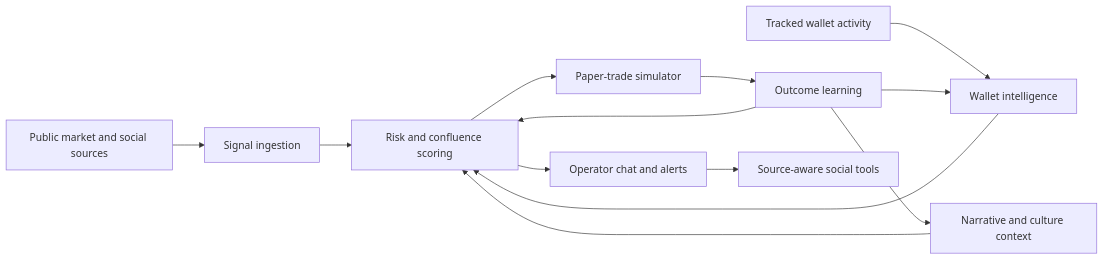
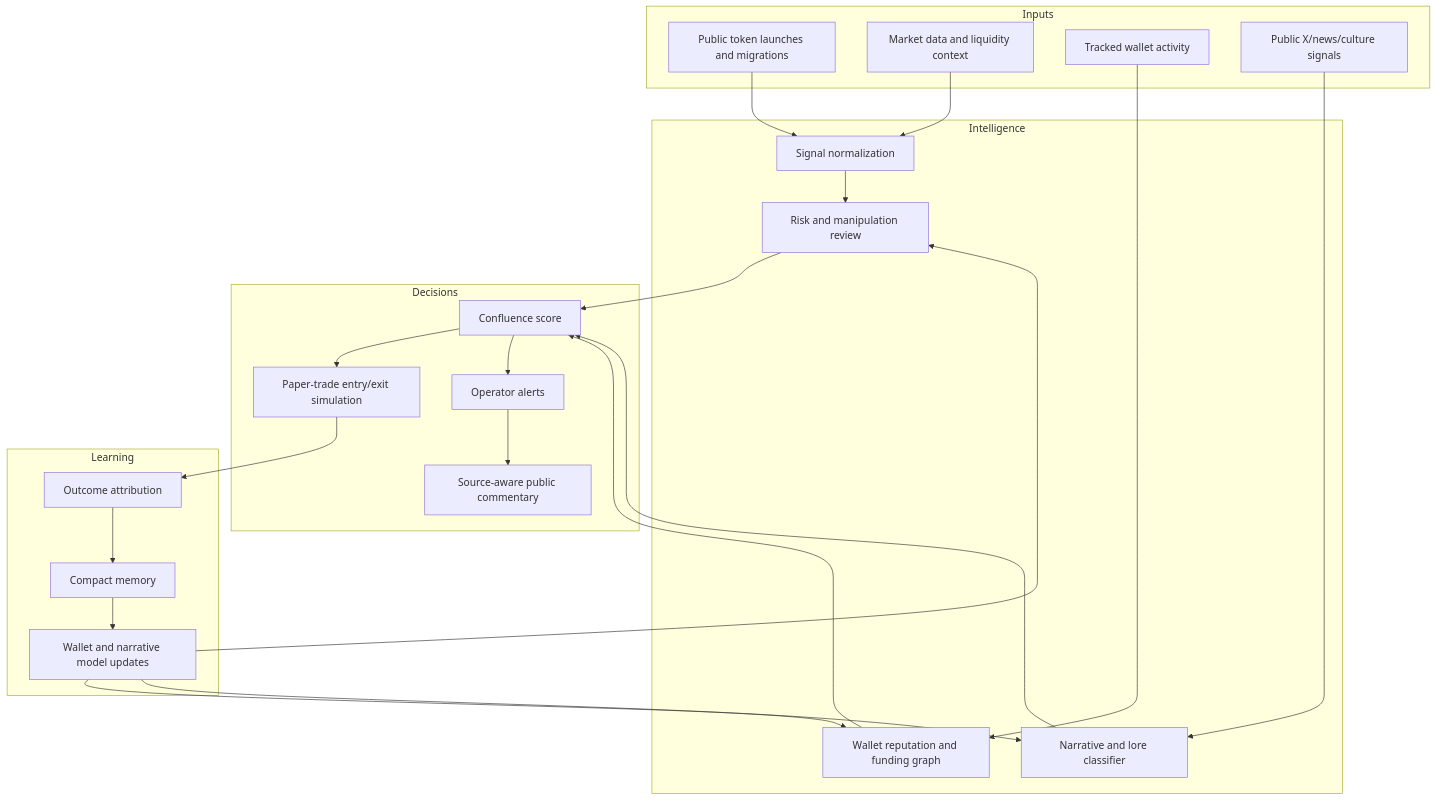
One commit to eclipseai-xx/eclipse-ai-public changed the diagram in docs/ARCHITECTURE.md. Above: the diagram before and after it, drawn with Mermaid. The commit also changed other lines of this file and 14 other files, not shown here.

````diff
--- a/docs/ARCHITECTURE.md
+++ b/docs/ARCHITECTURE.md
@@ -9,15 +9,47 @@
 ```mermaid
-flowchart LR
-  A["Public market and social sources"] --> B["Signal ingestion"]
-  C["Tracked wallet activity"] --> D["Wallet intelligence"]
-  B --> E["Risk and confluence scoring"]
-  D --> E
-  F["Narrative and culture context"] --> E
-  E --> G["Paper-trade simulator"]
-  E --> H["Operator chat and alerts"]
-  G --> I["Outcome learning"]
-  H --> J["Source-aware social tools"]
-  I --> D
-  I --> F
-  I --> E
+flowchart TD
+  subgraph Inputs
+    A["Public token launches and migrations"]
+    B["Market data and liquidity context"]
+    C["Tracked wallet activity"]
+    D["Public X/news/culture signals"]
+  end
+
+  subgraph Intelligence
+    E["Signal normalization"]
+    F["Wallet reputation and funding graph"]
+    G["Narrative and lore classifier"]
+    H["Risk and manipulation review"]
+  end
+
+  subgraph Decisions
+    I["Confluence score"]
+    J["Paper-trade entry/exit simulation"]
+    K["Operator alerts"]
+    L["Source-aware public commentary"]
+  end
+
+  subgraph Learning
+    M["Outcome attribution"]
+    N["Compact memory"]
+    O["Wallet and narrative model updates"]
+  end
+
+  A --> E
+  B --> E
+  C --> F
+  D --> G
+  E --> H
+  F --> I
+  G --> I
+  H --> I
+  I --> J
+  I --> K
+  K --> L
+  J --> M
+  M --> N
+  N --> O
+  O --> F
+  O --> G
+  O --> H
 ```
````
